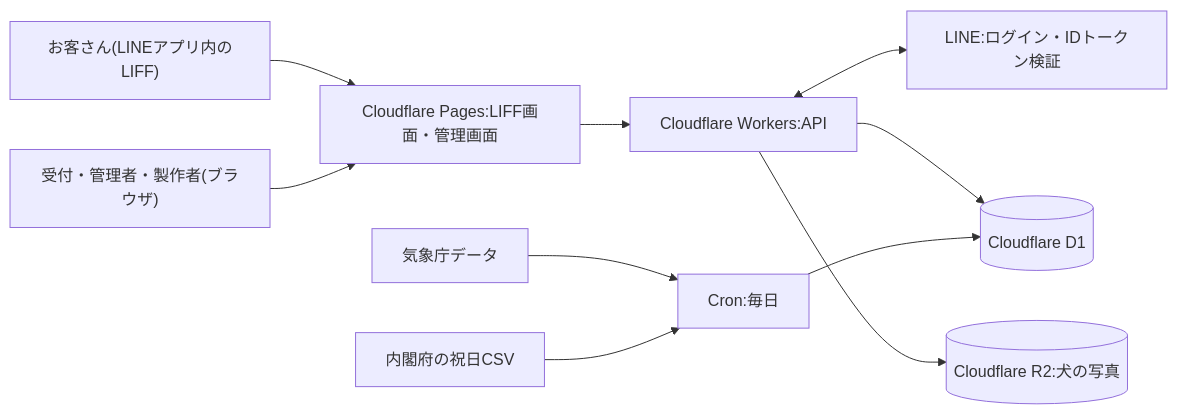
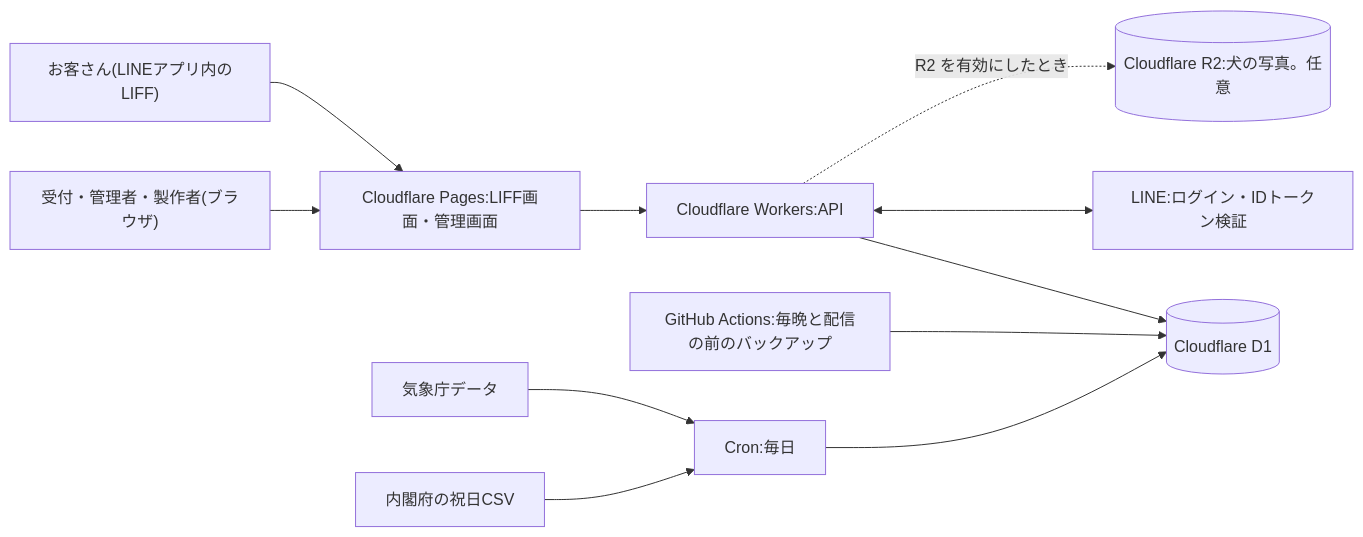
One commit to shopippi/dog_run_system changed the third of 4 diagrams in docs/requirements.md. Above: the diagram before and after it, drawn with Mermaid. The commit also changed other lines of this file and 72 other files, not shown here.

First line of the commit message:
写真とバックアップの置き場所(D1・GitHub Actions)を要件定義書と CLAUDE.md に正しく書く。マニュアルに予約(21章)の画面の写真を足し、写真を撮り直す。GitHub Actions を Node 24 の版にする

````diff
--- a/docs/requirements.md
+++ b/docs/requirements.md
@@ -647,12 +648,13 @@
 ```mermaid
 flowchart LR
   U["お客さん(LINEアプリ内のLIFF)"] --> Pg[Cloudflare Pages:LIFF画面・管理画面]
   A["受付・管理者・製作者(ブラウザ)"] --> Pg
   Pg --> W[Cloudflare Workers:API]
   W <--> L[LINE:ログイン・IDトークン検証]
   W --> D[(Cloudflare D1)]
-  W --> R2[(Cloudflare R2:犬の写真)]
+  W -.->|R2 を有効にしたとき| R2[(Cloudflare R2:犬の写真。任意)]
+  GA[GitHub Actions:毎晩と配信の前のバックアップ] --> D
   Cr[Cron:毎日] --> D
   J[気象庁データ] --> Cr
   K[内閣府の祝日CSV] --> Cr
 ```
````
